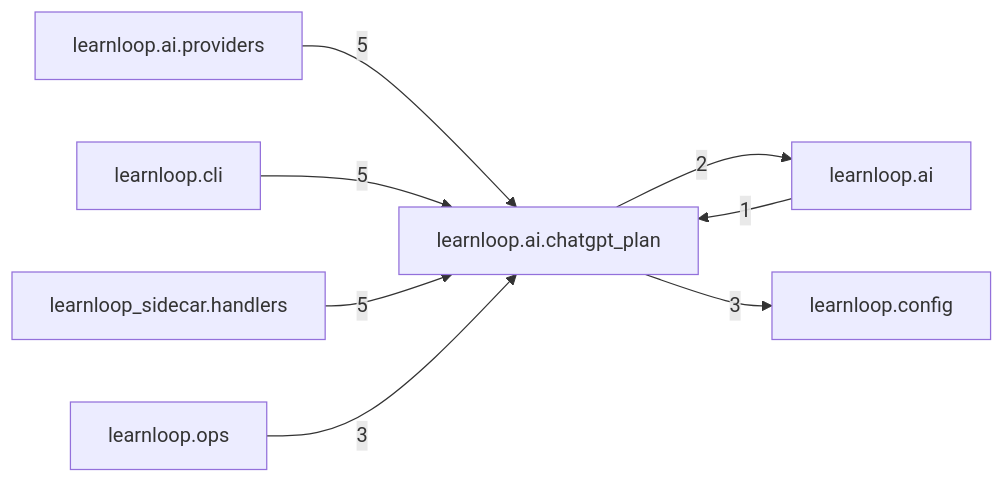
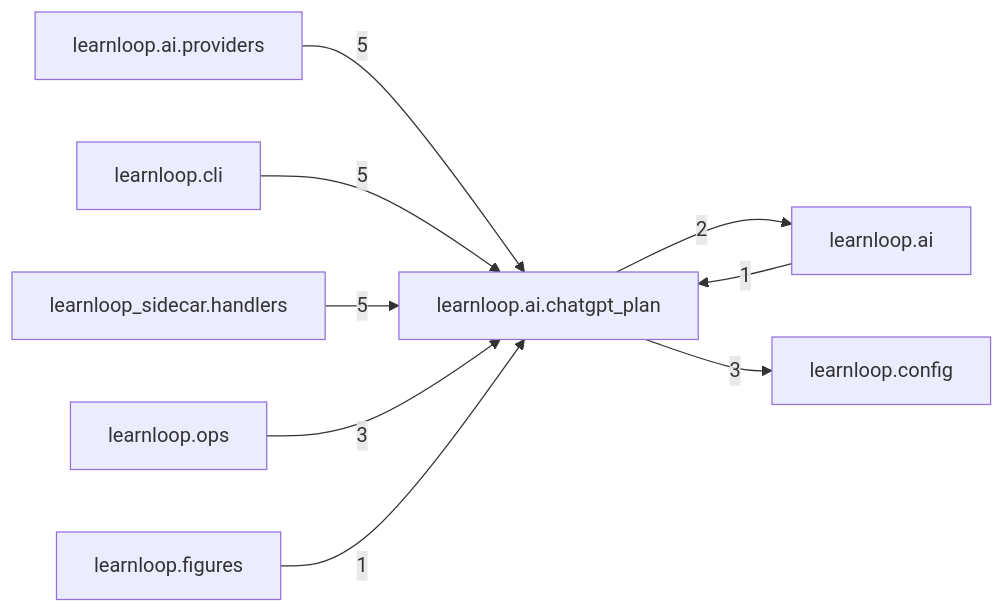
The diagram in docs/learnloop-architecture-vault/Reference/Modules/learnloop/ai/chatgpt_plan/_package.md (6up-b/learnanything), drawn with Mermaid before and after one commit. The commit also changed other lines of this file and 601 other files, not shown here.

````diff
--- a/docs/learnloop-architecture-vault/Reference/Modules/learnloop/ai/chatgpt_plan/_package.md
+++ b/docs/learnloop-architecture-vault/Reference/Modules/learnloop/ai/chatgpt_plan/_package.md
@@ -80,17 +81,19 @@
 ```mermaid
 flowchart LR
     center["learnloop.ai.chatgpt_plan"]
     n_learnloop_ai_providers["learnloop.ai.providers"]
     n_learnloop_cli["learnloop.cli"]
     n_learnloop_sidecar_handlers["learnloop_sidecar.handlers"]
     n_learnloop_ai["learnloop.ai"]
     n_learnloop_config["learnloop.config"]
     n_learnloop_ops["learnloop.ops"]
+    n_learnloop_figures["learnloop.figures"]
     n_learnloop_ai_providers -->|5| center
     n_learnloop_cli -->|5| center
     n_learnloop_sidecar_handlers -->|5| center
     n_learnloop_ai -->|1| center
     center -->|2| n_learnloop_ai
     center -->|3| n_learnloop_config
     n_learnloop_ops -->|3| center
+    n_learnloop_figures -->|1| center
 ```
````
